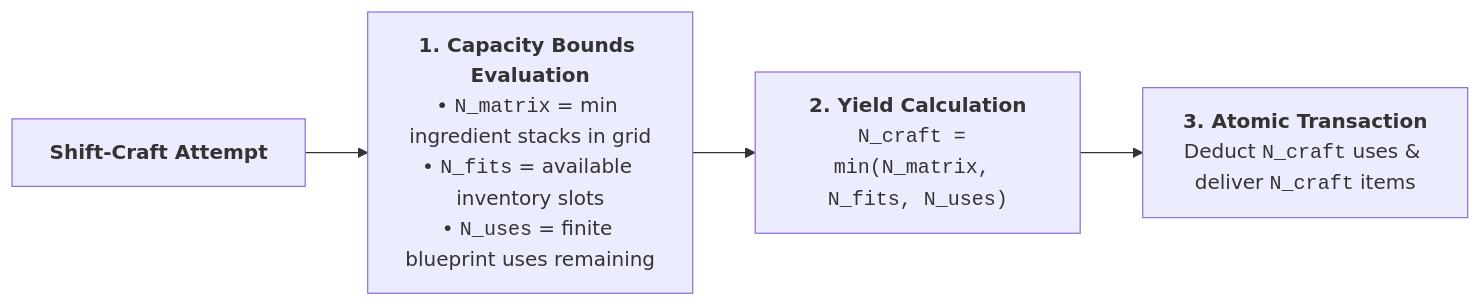
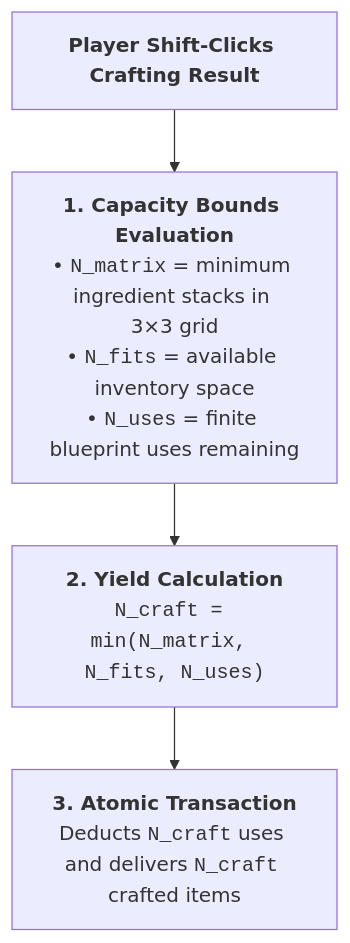
One commit to XZtotal/CraftingBlueprints-Wiki changed the first of 2 diagrams in docs/mechanics/crafting-table.md. Above: the diagram before and after it, drawn with Mermaid. The commit also changed 31 other files, not shown here.

Commit message:
style(docs): optimize diagram proportions, center all diagrams, and fix table padding

````diff
--- a/docs/mechanics/crafting-table.md
+++ b/docs/mechanics/crafting-table.md
@@ -29,4 +29,7 @@
 ```mermaid
-flowchart LR
-    Init["<b>Shift-Craft Attempt</b>"] --> Bounds["<b>1. Capacity Bounds Evaluation</b><br/>• <code>N_matrix</code> = min ingredient stacks in grid<br/>• <code>N_fits</code> = available inventory slots<br/>• <code>N_uses</code> = finite blueprint uses remaining"] --> Calc["<b>2. Yield Calculation</b><br/><code>N_craft = min(N_matrix, N_fits, N_uses)</code>"] --> Exec["<b>3. Atomic Transaction</b><br/>Deduct <code>N_craft</code> uses &amp; deliver <code>N_craft</code> items"]
+flowchart TD
+    Init["<b>Player Shift-Clicks Crafting Result</b>"]
+    --> Bounds["<b>1. Capacity Bounds Evaluation</b><br/>• <code>N_matrix</code> = minimum ingredient stacks in 3×3 grid<br/>• <code>N_fits</code> = available inventory space<br/>• <code>N_uses</code> = finite blueprint uses remaining"]
+    --> Calc["<b>2. Yield Calculation</b><br/><code>N_craft = min(N_matrix, N_fits, N_uses)</code>"]
+    --> Exec["<b>3. Atomic Transaction</b><br/>Deducts <code>N_craft</code> uses and delivers <code>N_craft</code> crafted items"]
 ```
````
